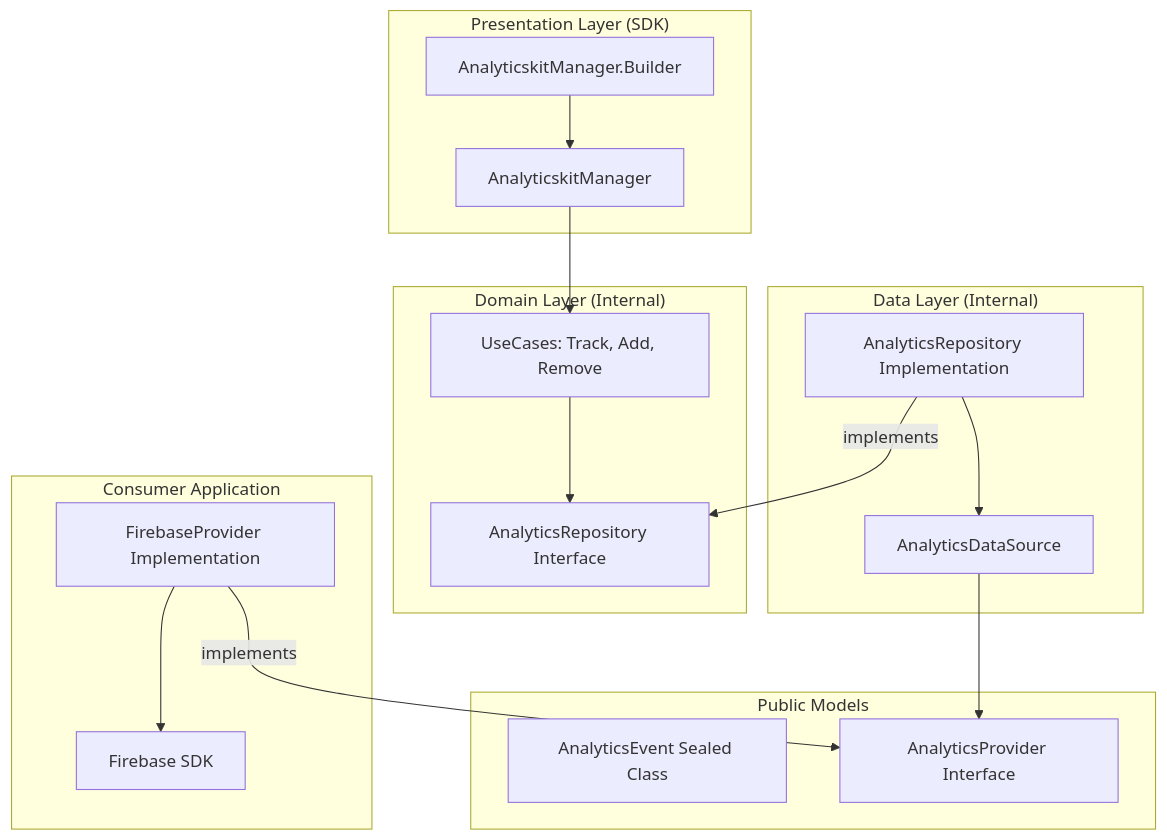
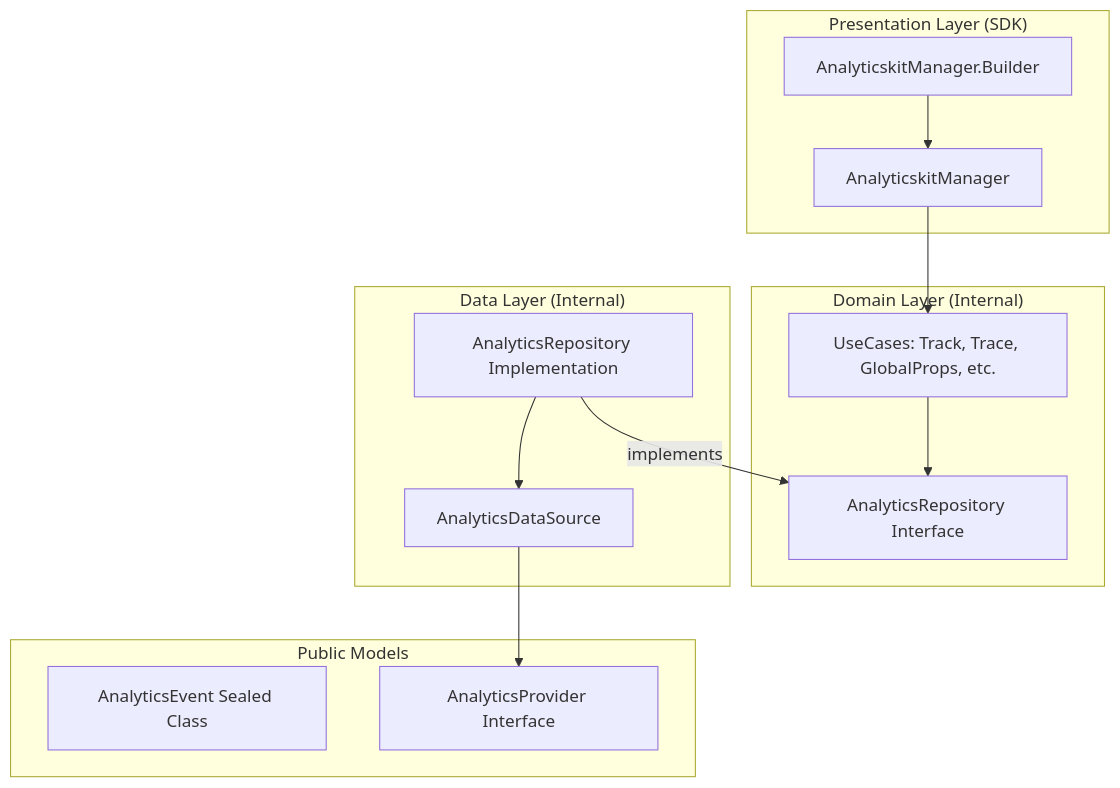
One commit to joshluq/analyticskit-android changed the diagram in README.md. Above: the diagram before and after it, drawn with Mermaid. The commit also changed other lines of this file and 19 other files, not shown here.

````diff
--- a/README.md
+++ b/README.md
@@ -20,36 +21,29 @@
 ```mermaid
 graph TD
     subgraph "Presentation Layer (SDK)"
         M[AnalyticskitManager]
         B[AnalyticskitManager.Builder]
     end
 
     subgraph "Domain Layer (Internal)"
-        UC[UseCases: Track, Add, Remove]
+        UC[UseCases: Track, Trace, GlobalProps, etc.]
         R[AnalyticsRepository Interface]
     end
 
     subgraph "Public Models"
         MOD[AnalyticsEvent Sealed Class]
         P[AnalyticsProvider Interface]
     end
 
     subgraph "Data Layer (Internal)"
         RepoImpl[AnalyticsRepository Implementation]
         DS[AnalyticsDataSource]
     end
 
-    subgraph "Consumer Application"
-        ImplP[FirebaseProvider Implementation]
-        ExtLib[Firebase SDK]
-    end
-
     B --> M
     M --> UC
     UC --> R
     RepoImpl -- implements --> R
     RepoImpl --> DS
     DS --> P
-    ImplP -- implements --> P
-    ImplP --> ExtLib
 ```
````
